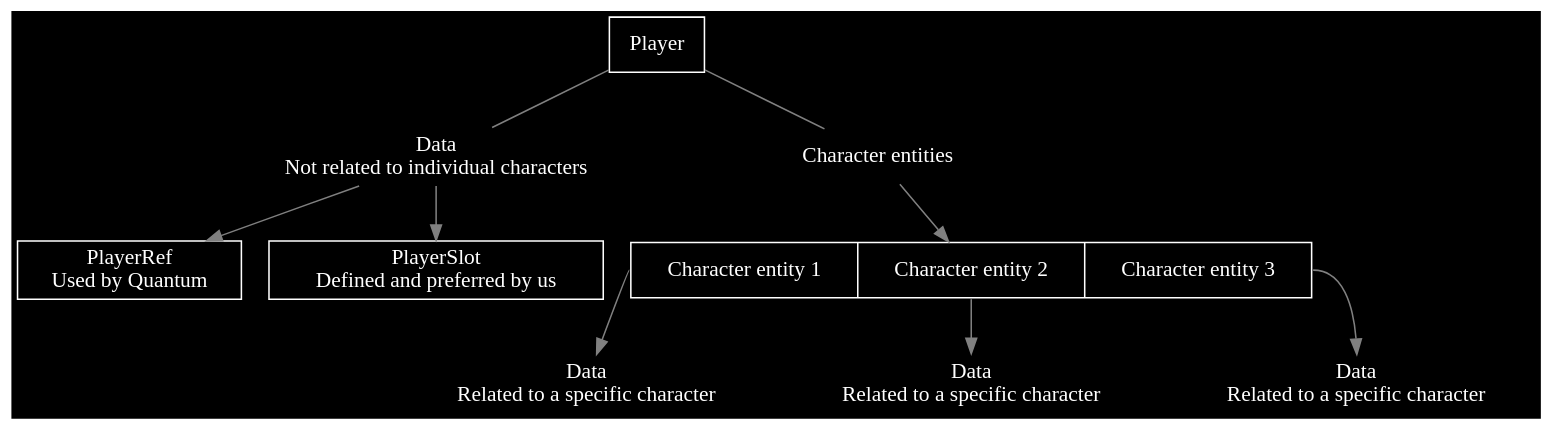
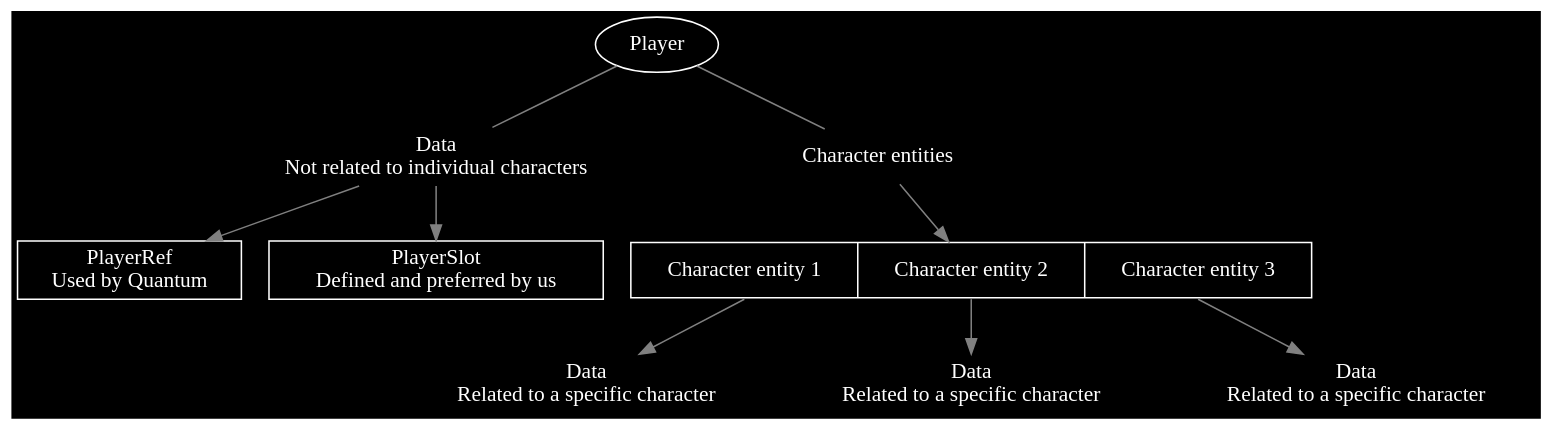
The first of 9 diagrams in Doc/Doxygen/Battle/additional-documentation/pages/1-concepts-player-.md (Alt-Org/Altzone), drawn with Graphviz before and after one commit. The commit also changed other lines of this file and 9 other files, not shown here.

````diff
--- a/Doc/Doxygen/Battle/additional-documentation/pages/1-concepts-player-.md
+++ b/Doc/Doxygen/Battle/additional-documentation/pages/1-concepts-player-.md
@@ -23,31 +23,31 @@
 ```dot
 digraph Player {
   color=white;
   fontcolor=white;
   bgcolor=black;
+  splines=polyline;
 
   node [shape=box, style=filled, color=white, fontcolor=white, fillcolor=black];
   edge [color=gray];
 
-  Player              [label="Player"];
+  Player              [label="Player", shape=ellipse];
   Data                [label="Data\nNot related to individual characters", color="transparent"];
   PlayerRef           [label="PlayerRef\nUsed by Quantum"];
   PlayerSlot          [label="PlayerSlot\nDefined and preferred by us"];
   CharacterEntities   [label="Character entities", color="transparent"];
   CharacterEntityList [label="<0> Character entity 1 | <1> Character entity 2 | <2> Character entity 3", shape=record];
 
   node [color="transparent"];
 
   CharacterData1      [label="Data\nRelated to a specific character"];
   CharacterData2      [label="Data\nRelated to a specific character"];
   CharacterData3      [label="Data\nRelated to a specific character"];
 
-  Player -> Data [dir=none];
+  Player -> Data,CharacterEntities [dir=none];
   Data -> PlayerRef, PlayerSlot;
-  Player -> CharacterEntities [dir=none];
   CharacterEntities -> CharacterEntityList;
-  CharacterEntityList:0 -> CharacterData1;
-  CharacterEntityList:1 -> CharacterData2;
-  CharacterEntityList:2 -> CharacterData3;
+  CharacterEntityList:0:s -> CharacterData1;
+  CharacterEntityList:1:s -> CharacterData2;
+  CharacterEntityList:2:s -> CharacterData3;
 }
 ```
````
